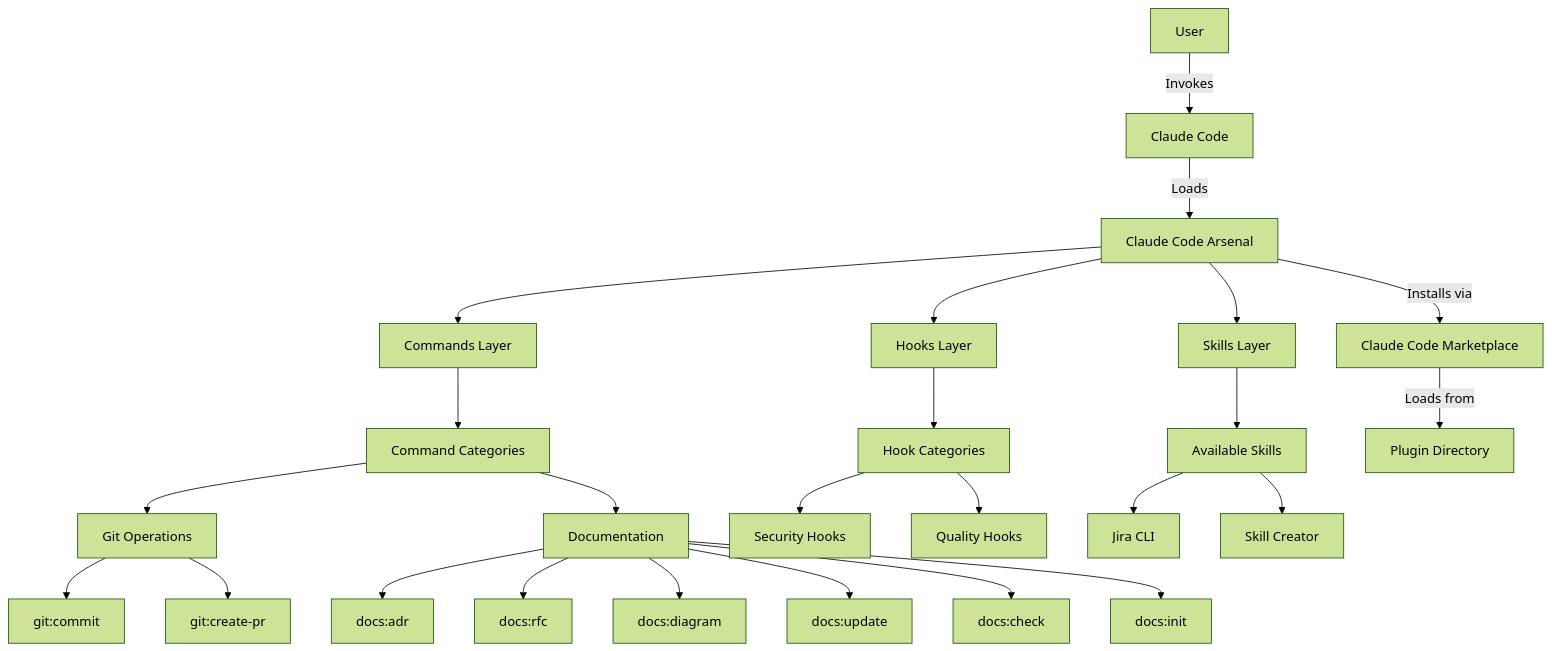
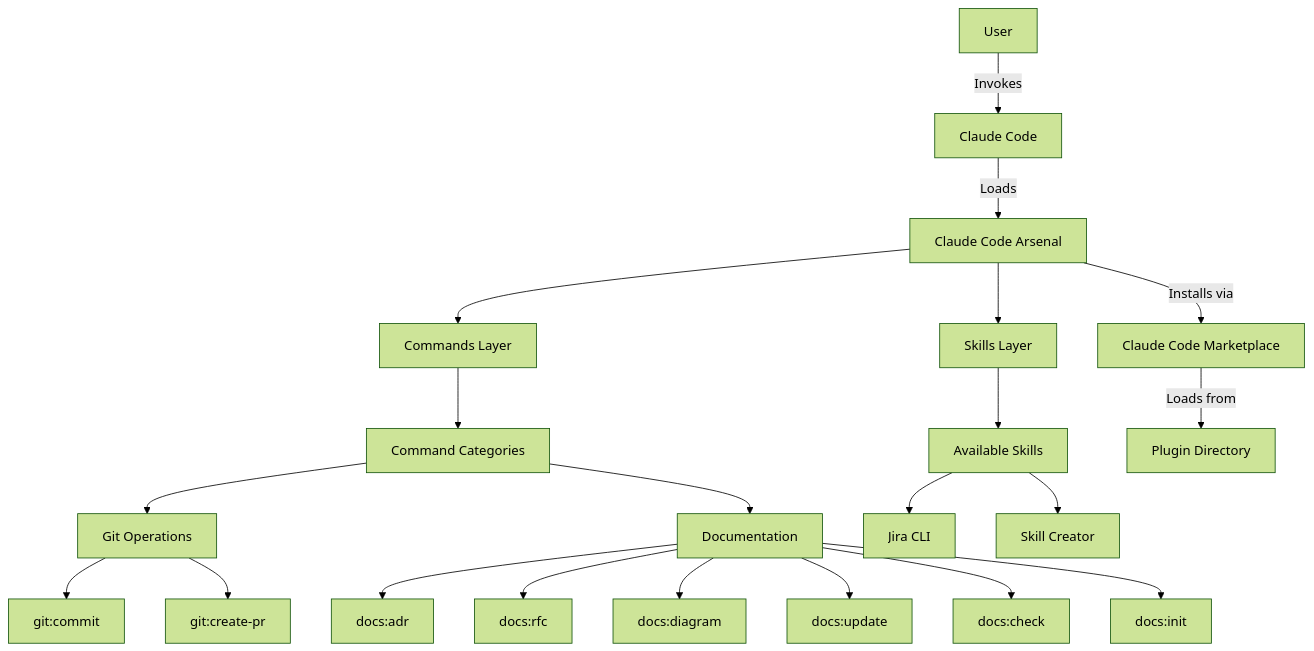
The first of 2 diagrams in docs/architecture.md (mgiovani/cc-arsenal), drawn with Mermaid (forest theme) before and after one commit. The commit also changed other lines of this file and 15 other files, not shown here.

````diff
--- a/docs/architecture.md
+++ b/docs/architecture.md
@@ -43,34 +41,29 @@
 ```mermaid
 graph TB
     User[User] -->|Invokes| Claude[Claude Code]
     Claude -->|Loads| Arsenal[Claude Code Arsenal]
 
     Arsenal --> Commands[Commands Layer]
-    Arsenal --> Hooks[Hooks Layer]
     Arsenal --> Skills[Skills Layer]
 
     Commands --> CmdTypes[Command Categories]
     CmdTypes --> Git[Git Operations]
     CmdTypes --> Docs[Documentation]
-
-    Hooks --> HookTypes[Hook Categories]
-    HookTypes --> Security[Security Hooks]
-    HookTypes --> Quality[Quality Hooks]
 
     Skills --> SkillTypes[Available Skills]
     SkillTypes --> Jira[Jira CLI]
     SkillTypes --> Creator[Skill Creator]
 
     Arsenal -->|Installs via| Plugin[Claude Code Marketplace]
     Plugin -->|Loads from| PluginDir[Plugin Directory]
 
     Git --> GitCommit[git:commit]
     Git --> GitPR[git:create-pr]
 
     Docs --> DocADR[docs:adr]
     Docs --> DocRFC[docs:rfc]
     Docs --> DocDiagram[docs:diagram]
     Docs --> DocUpdate[docs:update]
     Docs --> DocCheck[docs:check]
     Docs --> DocInit[docs:init]
 ```
````
